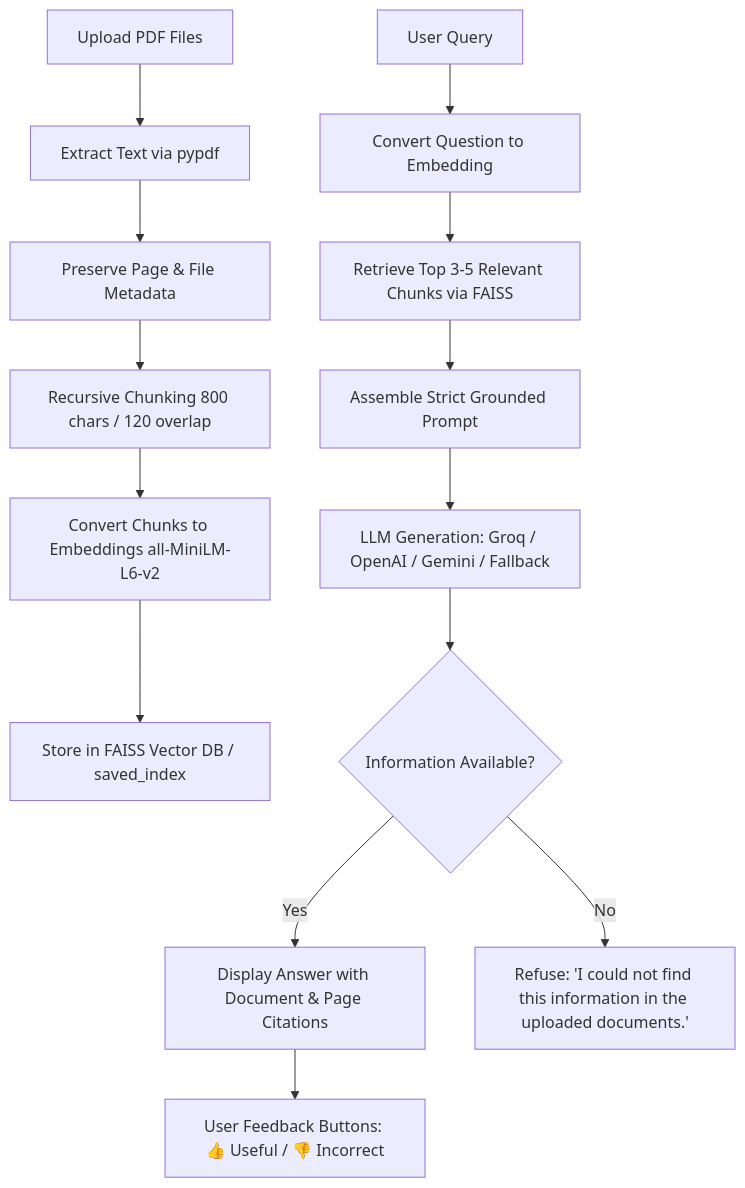
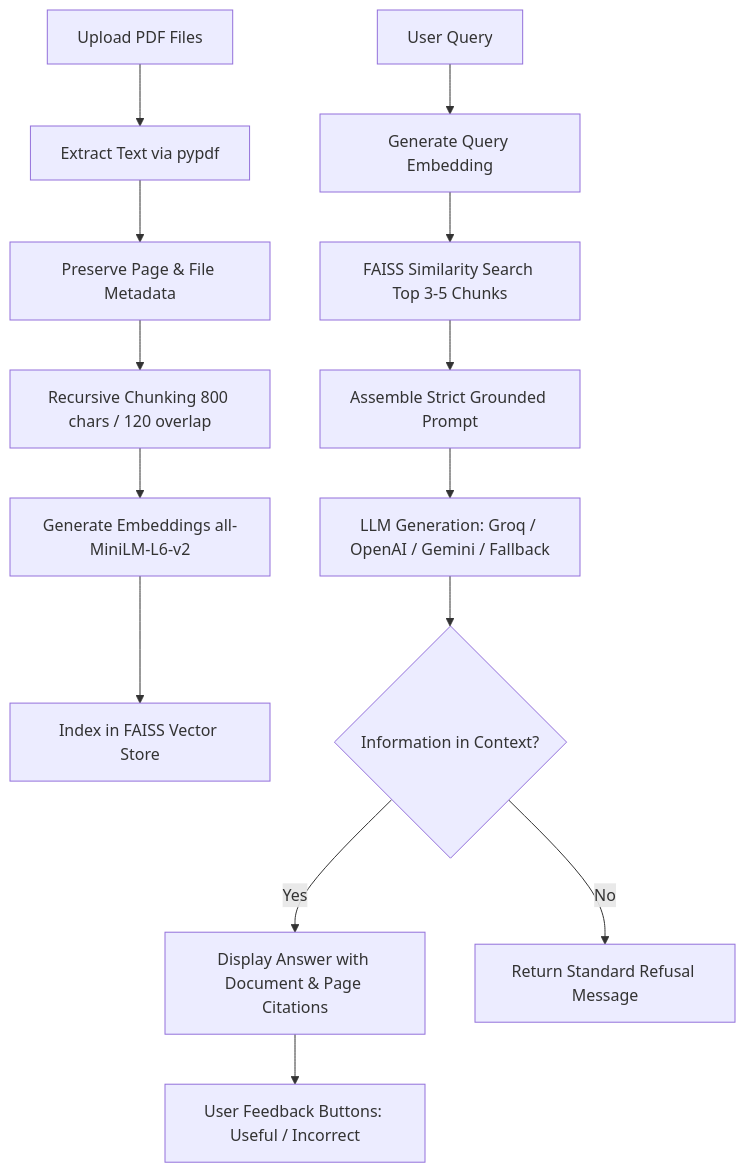
The diagram in README.md (krishnapriyaka-web/domain-rag-chatbot), drawn with Mermaid before and after one commit. The commit also changed other lines of this file, not shown here.

Commit message:
docs: streamline README into standard open-source format

````diff
--- a/README.md
+++ b/README.md
@@ -66,17 +29,17 @@
 ```mermaid
 flowchart TD
     A[Upload PDF Files] --> B[Extract Text via pypdf]
     B --> C[Preserve Page & File Metadata]
     C --> D[Recursive Chunking 800 chars / 120 overlap]
-    D --> E[Convert Chunks to Embeddings all-MiniLM-L6-v2]
-    E --> F[Store in FAISS Vector DB / saved_index]
+    D --> E[Generate Embeddings all-MiniLM-L6-v2]
+    E --> F[Index in FAISS Vector Store]
     
-    G[User Query] --> H[Convert Question to Embedding]
-    H --> I[Retrieve Top 3-5 Relevant Chunks via FAISS]
+    G[User Query] --> H[Generate Query Embedding]
+    H --> I[FAISS Similarity Search Top 3-5 Chunks]
     I --> J[Assemble Strict Grounded Prompt]
     J --> K[LLM Generation: Groq / OpenAI / Gemini / Fallback]
-    K --> L{Information Available?}
+    K --> L{Information in Context?}
     L -- Yes --> M[Display Answer with Document & Page Citations]
-    L -- No --> N[Refuse: 'I could not find this information in the uploaded documents.']
-    M --> O[User Feedback Buttons: 👍 Useful / 👎 Incorrect]
+    L -- No --> N[Return Standard Refusal Message]
+    M --> O[User Feedback Buttons: Useful / Incorrect]
 ```
````
